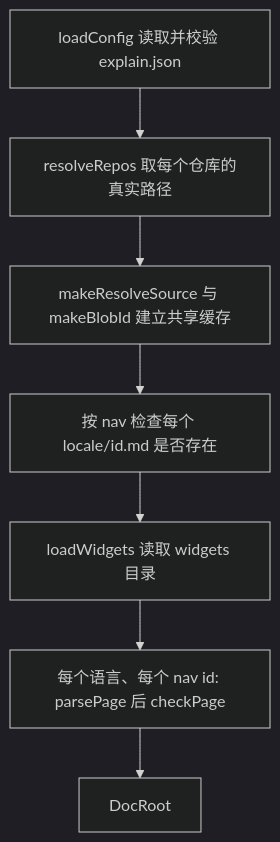
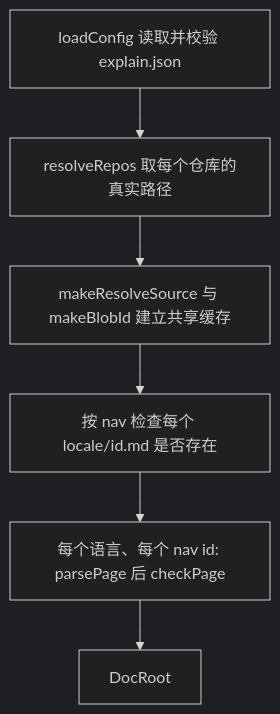
Before and after one commit to 5u4/explain-this: the diagram in docs/zh/load-doc-root.md, drawn with Mermaid (dark theme). The commit also changed other lines of this file and 102 other files, not shown here.

````diff
--- a/docs/zh/load-doc-root.md
+++ b/docs/zh/load-doc-root.md
@@ -24,9 +24,8 @@
 ```mermaid
 flowchart TD
   A[loadConfig 读取并校验 explain.json] --> B[resolveRepos 取每个仓库的真实路径]
   B --> C[makeResolveSource 与 makeBlobId 建立共享缓存]
   C --> D[按 nav 检查每个 locale/id.md 是否存在]
-  D --> E[loadWidgets 读取 widgets 目录]
-  E --> F[每个语言、每个 nav id: parsePage 后 checkPage]
+  D --> F[每个语言、每个 nav id: parsePage 后 checkPage]
   F --> G[DocRoot]
 ```
````
